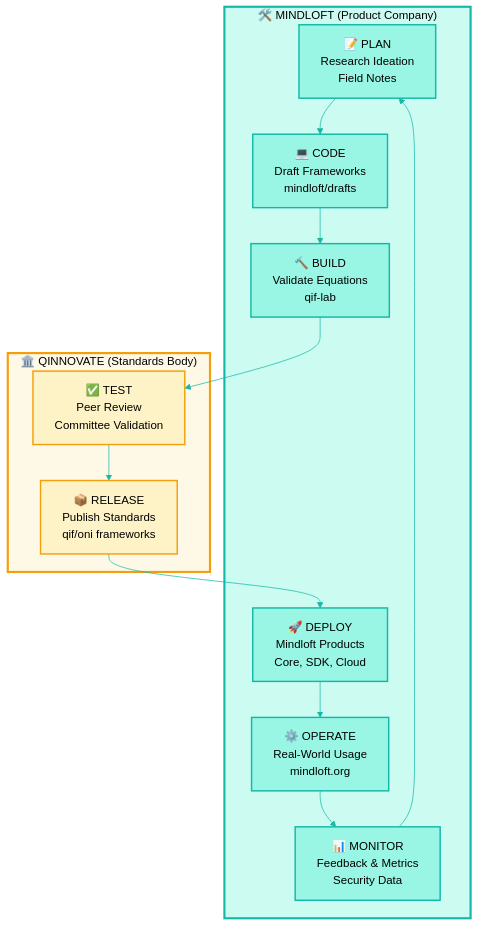
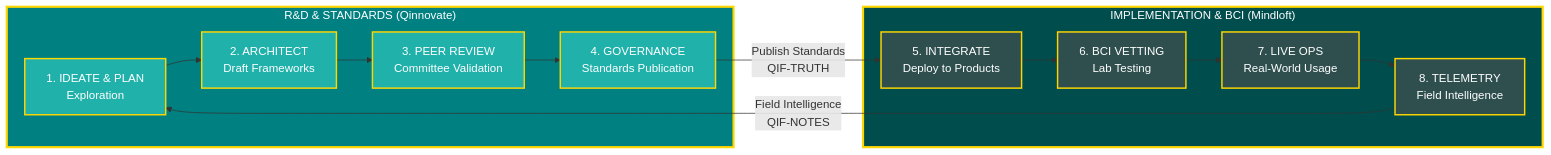
The diagram in README.md (qinnovates/qinnovate), drawn with Mermaid before and after one commit. The commit also changed other lines of this file, not shown here.

Commit message:
Refactor to Theory-to-Tactical CIV loop
- Changed from CI/CD to CIV (Continuous Iteration & Validation)
- Redesigned as Infinity Loop: Knowledge (Qinnovate) powers Action (Mindloft)
- 8 phases remapped to logical research-to-implementation flow
- Phase 1-4: R&D & Standards (Qinnovate) - Teal
- Phase 5-8: Implementation & BCI (Mindloft) - Charcoal
- Gold arrows show value/momentum between theory and practice
- Key terminology: BCI Vetting (not Testing), Telemetry (not Monitor)
- Connection points: QIF-TRUTH (publish) and QIF-NOTES (field intelligence)

The Flow: Mindloft explores → Qinnovate standardizes → Mindloft implements →
Field intelligence refines theory → Cycle continues

````diff
--- a/README.md
+++ b/README.md
@@ -134,37 +134,36 @@
 ```mermaid
-%%{init: {'theme':'base', 'themeVariables': { 'primaryColor':'#fef3c7','primaryTextColor':'#000','primaryBorderColor':'#f59e0b','lineColor':'#14b8a6','secondaryColor':'#ccfbf1','tertiaryColor':'#fff'}}}%%
-graph TB
-    subgraph MINDLOFT["🛠️ MINDLOFT (Product Company)"]
-        A[📝 PLAN<br/>Research Ideation<br/>Field Notes]
-        B[💻 CODE<br/>Draft Frameworks<br/>mindloft/drafts]
-        C[🔨 BUILD<br/>Validate Equations<br/>qif-lab]
-        F[🚀 DEPLOY<br/>Mindloft Products<br/>Core, SDK, Cloud]
-        G[⚙️ OPERATE<br/>Real-World Usage<br/>mindloft.org]
-        H[📊 MONITOR<br/>Feedback & Metrics<br/>Security Data]
+graph LR
+    subgraph LEFT["R&D & STANDARDS (Qinnovate)"]
+        A[1. IDEATE & PLAN<br/>Exploration]
+        B[2. ARCHITECT<br/>Draft Frameworks]
+        C[3. PEER REVIEW<br/>Committee Validation]
+        D[4. GOVERNANCE<br/>Standards Publication]
     end
 
-    subgraph QINNOVATE["🏛️ QINNOVATE (Standards Body)"]
-        D[✅ TEST<br/>Peer Review<br/>Committee Validation]
-        E[📦 RELEASE<br/>Publish Standards<br/>qif/oni frameworks]
+    subgraph RIGHT["IMPLEMENTATION & BCI (Mindloft)"]
+        E[5. INTEGRATE<br/>Deploy to Products]
+        F[6. BCI VETTING<br/>Lab Testing]
+        G[7. LIVE OPS<br/>Real-World Usage]
+        H[8. TELEMETRY<br/>Field Intelligence]
     end
 
     A --> B
     B --> C
     C --> D
-    D --> E
+    D -->|Publish Standards<br/>QIF-TRUTH| E
     E --> F
     F --> G
     G --> H
-    H --> A
+    H -->|Field Intelligence<br/>QIF-NOTES| A
 
-    style MINDLOFT fill:#ccfbf1,stroke:#14b8a6,stroke-width:3px
-    style QINNOVATE fill:#fef9e7,stroke:#f59e0b,stroke-width:3px
-    style A fill:#99f6e4,stroke:#14b8a6,stroke-width:2px
-    style B fill:#99f6e4,stroke:#14b8a6,stroke-width:2px
-    style C fill:#99f6e4,stroke:#14b8a6,stroke-width:2px
-    style D fill:#fef3c7,stroke:#f59e0b,stroke-width:2px
-    style E fill:#fef3c7,stroke:#f59e0b,stroke-width:2px
-    style F fill:#99f6e4,stroke:#14b8a6,stroke-width:2px
-    style G fill:#99f6e4,stroke:#14b8a6,stroke-width:2px
-    style H fill:#99f6e4,stroke:#14b8a6,stroke-width:2px
+    style LEFT fill:#008080,stroke:#FFD700,stroke-width:3px,color:#fff
+    style RIGHT fill:#004d4d,stroke:#FFD700,stroke-width:3px,color:#fff
+    style A fill:#20b2aa,stroke:#FFD700,stroke-width:2px,color:#fff
+    style B fill:#20b2aa,stroke:#FFD700,stroke-width:2px,color:#fff
+    style C fill:#20b2aa,stroke:#FFD700,stroke-width:2px,color:#fff
+    style D fill:#20b2aa,stroke:#FFD700,stroke-width:2px,color:#fff
+    style E fill:#2f4f4f,stroke:#FFD700,stroke-width:2px,color:#fff
+    style F fill:#2f4f4f,stroke:#FFD700,stroke-width:2px,color:#fff
+    style G fill:#2f4f4f,stroke:#FFD700,stroke-width:2px,color:#fff
+    style H fill:#2f4f4f,stroke:#FFD700,stroke-width:2px,color:#fff
 ```
````
